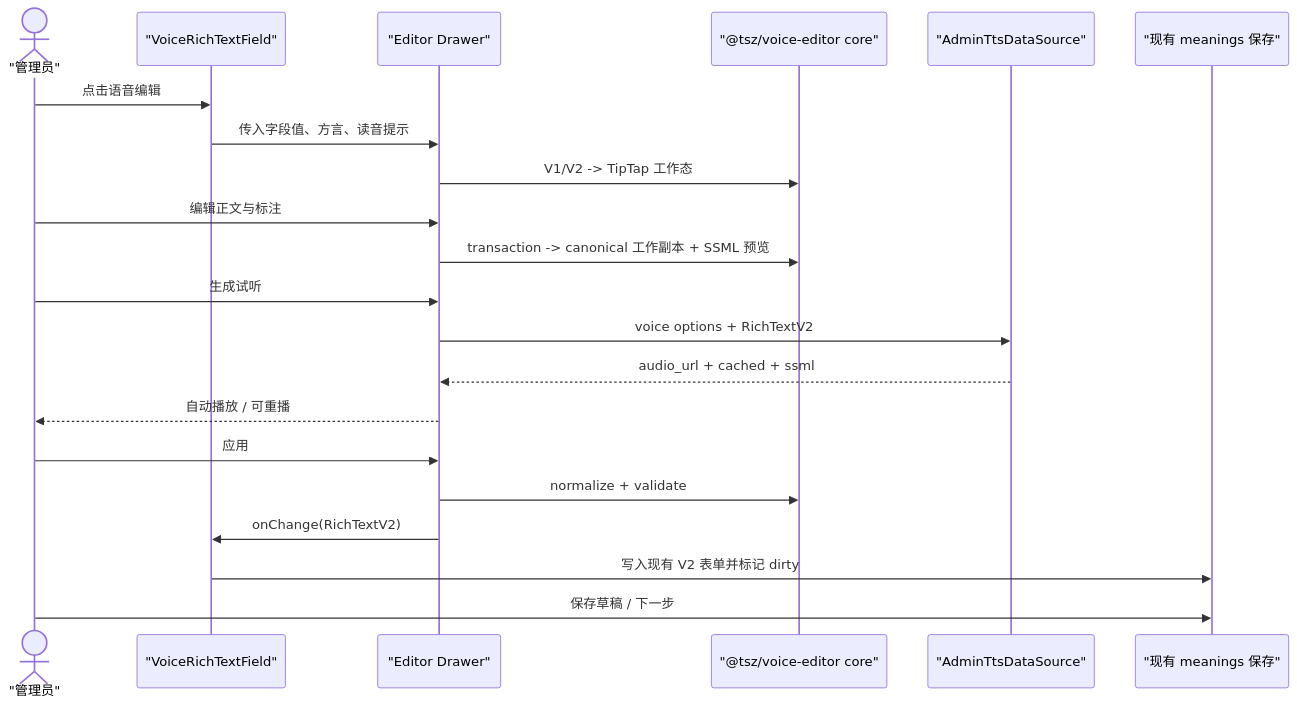
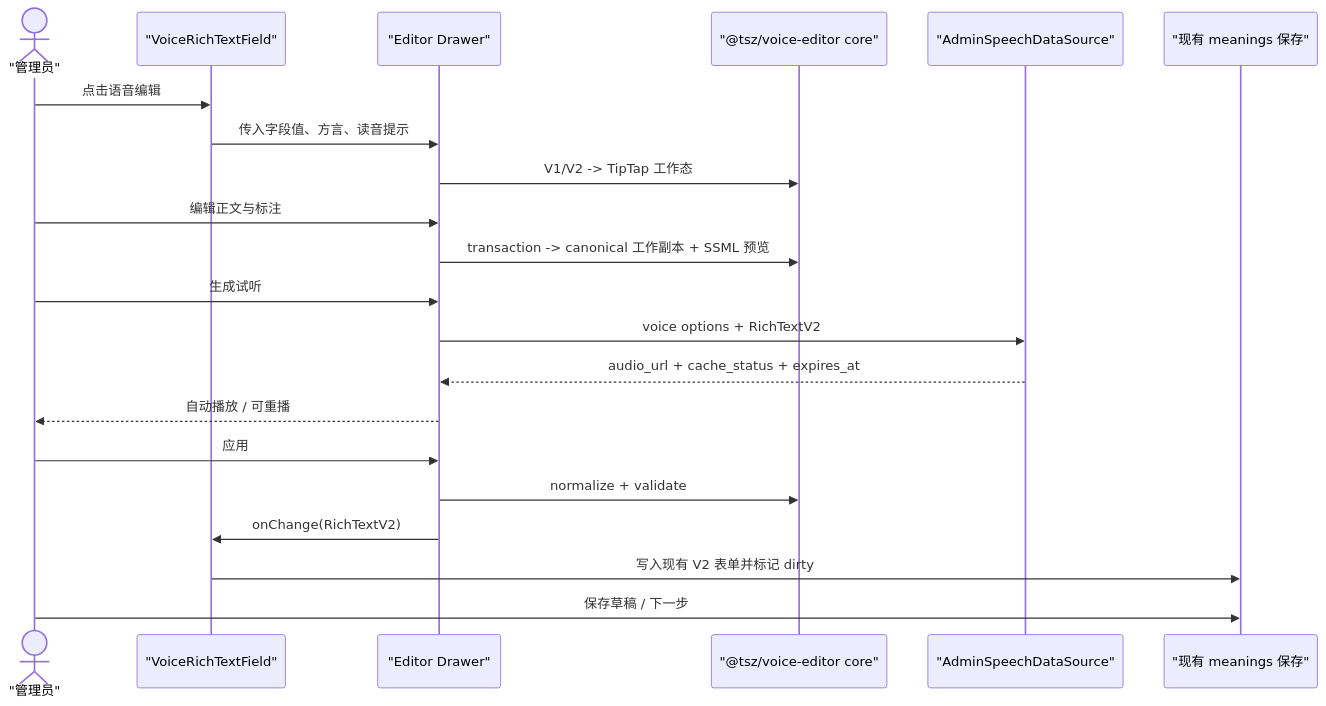
Before and after one commit to LonelyFellas/tsz: the diagram in docs/features/voice-rich-text-editor/design.md, drawn with Mermaid. The commit also changed other lines of this file and 22 other files, not shown here.

````diff
--- a/docs/features/voice-rich-text-editor/design.md
+++ b/docs/features/voice-rich-text-editor/design.md
@@ -317,24 +324,24 @@
 ```mermaid
 sequenceDiagram
     actor A as "管理员"
     participant F as "VoiceRichTextField"
     participant D as "Editor Drawer"
     participant S as "@tsz/voice-editor core"
-    participant T as "AdminTtsDataSource"
+    participant T as "AdminSpeechDataSource"
     participant W as "现有 meanings 保存"
 
     A->>F: 点击语音编辑
     F->>D: 传入字段值、方言、读音提示
     D->>S: V1/V2 -> TipTap 工作态
     A->>D: 编辑正文与标注
     D->>S: transaction -> canonical 工作副本 + SSML 预览
     A->>D: 生成试听
     D->>T: voice options + RichTextV2
-    T-->>D: audio_url + cached + ssml
+    T-->>D: audio_url + cache_status + expires_at
     D-->>A: 自动播放 / 可重播
     A->>D: 应用
     D->>S: normalize + validate
     D->>F: onChange(RichTextV2)
     F->>W: 写入现有 V2 表单并标记 dirty
     A->>W: 保存草稿 / 下一步
 ```
````
